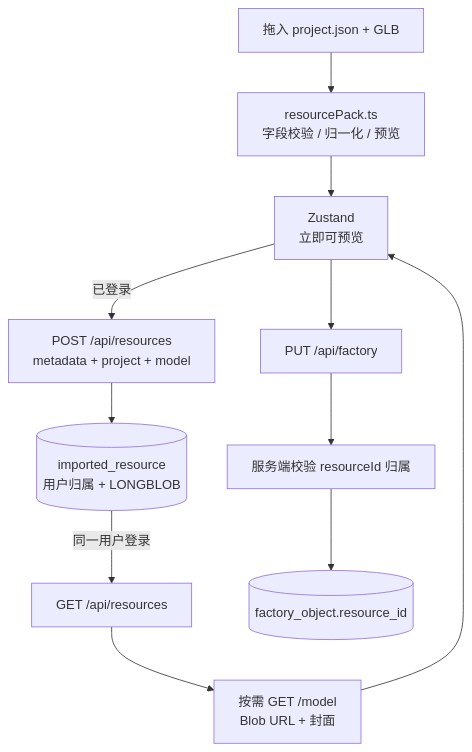
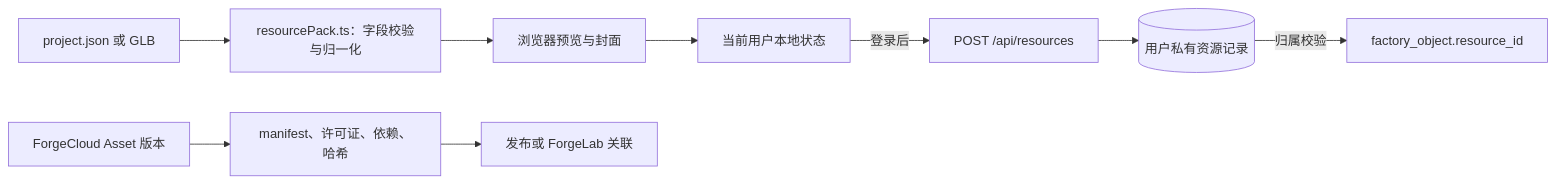
Before and after one commit to YJsnz/forgemind: the seventh of 9 diagrams in README.md, drawn with Mermaid. The commit also changed other lines of this file and 694 other files, not shown here.

````diff
--- a/README.md
+++ b/README.md
@@ -220,13 +254,11 @@
 ```mermaid
-flowchart TD
-    Upload[拖入 project.json + GLB] --> Check[resourcePack.ts<br/>字段校验 / 归一化 / 预览]
-    Check --> Local[Zustand<br/>立即可预览]
-    Local -->|已登录| Multipart[POST /api/resources<br/>metadata + project + model]
-    Multipart --> DB[(imported_resource<br/>用户归属 + LONGBLOB)]
-    DB -->|同一用户登录| List[GET /api/resources]
-    List --> Model[按需 GET /model<br/>Blob URL + 封面]
-    Model --> Local
-    Local --> Save[PUT /api/factory]
-    Save --> Guard[服务端校验 resourceId 归属]
-    Guard --> Factory[(factory_object.resource_id)]
+flowchart LR
+    files[project.json 或 GLB] --> pack[resourcePack.ts：字段校验与归一化]
+    pack --> preview[浏览器预览与封面]
+    preview --> privateState[当前用户本地状态]
+    privateState -->|登录后| resourceApi[POST /api/resources]
+    resourceApi --> resourceDb[(用户私有资源记录)]
+    resourceDb -->|归属校验| factoryRef[factory_object.resource_id]
+    cloudAsset[ForgeCloud Asset 版本] --> manifest[manifest、许可证、依赖、哈希]
+    manifest --> publish[发布或 ForgeLab 关联]
 ```
````
